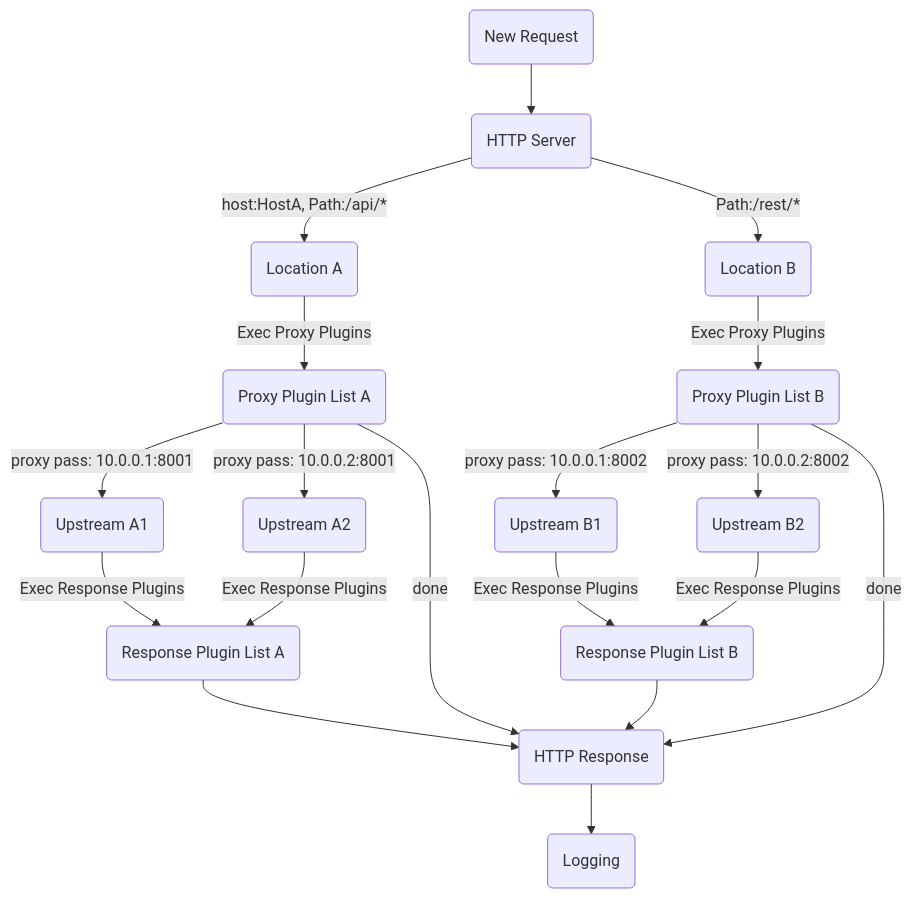
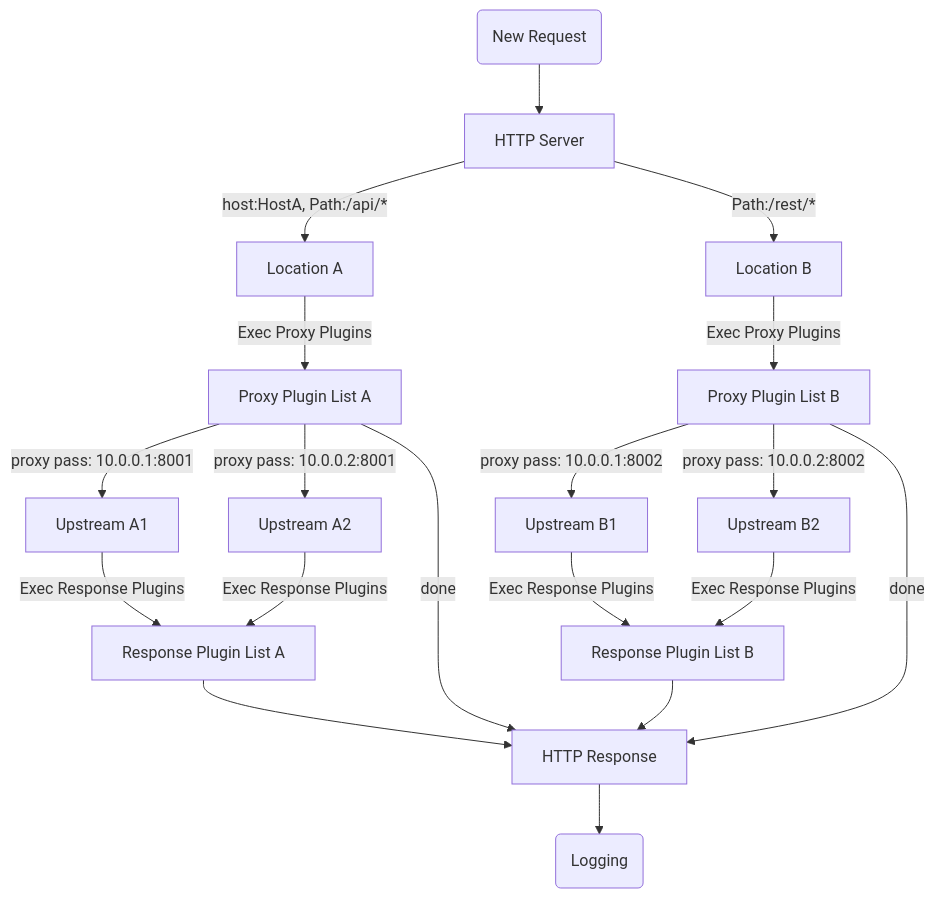
Before and after one commit to vicanso/pingap: the diagram in README.md, drawn with Mermaid. The commit also changed 16 other files, not shown here.

````diff
--- a/README.md
+++ b/README.md
@@ -46,47 +46,47 @@
 ```mermaid
 graph TD;
-    server("HTTP Server");
-    locationA("Location A");
-    locationB("Location B");
-    locationPluginListA("Proxy Plugin List A");
-    locationPluginListB("Proxy Plugin List B");
-    upstreamA1("Upstream A1");
-    upstreamA2("Upstream A2");
-    upstreamB1("Upstream B1");
-    upstreamB2("Upstream B2");
-    locationResponsePluginListA("Response Plugin List A");
-    locationResponsePluginListB("Response Plugin List B");
+    server["HTTP Server"];
+    locationA["Location A"];
+    locationB["Location B"];
+    locationPluginListA["Proxy Plugin List A"];
+    locationPluginListB["Proxy Plugin List B"];
+    upstreamA1["Upstream A1"];
+    upstreamA2["Upstream A2"];
+    upstreamB1["Upstream B1"];
+    upstreamB2["Upstream B2"];
+    locationResponsePluginListA["Response Plugin List A"];
+    locationResponsePluginListB["Response Plugin List B"];
 
     start("New Request") --> server
 
     server -- "host:HostA, Path:/api/*" --> locationA
 
     server -- "Path:/rest/*"--> locationB
 
     locationA -- "Exec Proxy Plugins" --> locationPluginListA
 
     locationB -- "Exec Proxy Plugins" --> locationPluginListB
 
     locationPluginListA -- "proxy pass: 10.0.0.1:8001" --> upstreamA1
 
     locationPluginListA -- "proxy pass: 10.0.0.2:8001" --> upstreamA2
 
     locationPluginListA -- "done" --> response
 
     locationPluginListB -- "proxy pass: 10.0.0.1:8002" --> upstreamB1
 
     locationPluginListB -- "proxy pass: 10.0.0.2:8002" --> upstreamB2
 
     locationPluginListB -- "done" --> response
 
     upstreamA1 -- "Exec Response Plugins" --> locationResponsePluginListA
     upstreamA2 -- "Exec Response Plugins" --> locationResponsePluginListA
 
     upstreamB1 -- "Exec Response Plugins" --> locationResponsePluginListB
     upstreamB2 -- "Exec Response Plugins" --> locationResponsePluginListB
 
     locationResponsePluginListA --> response
     locationResponsePluginListB --> response
 
-    response("HTTP Response") --> stop("Logging");
+    response["HTTP Response"] --> stop("Logging");
 ```
````
